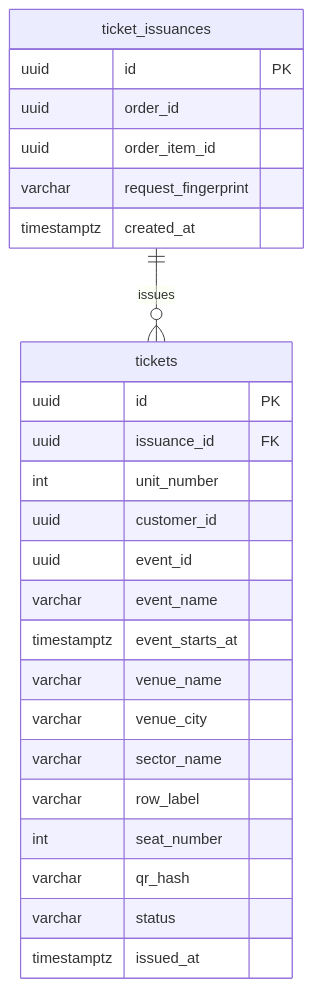
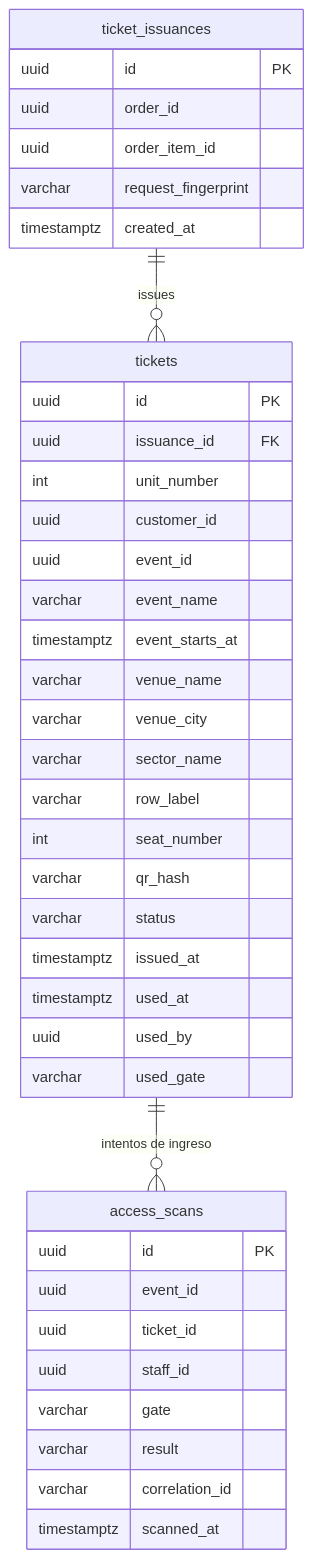
The sixth of 11 diagrams in ticketya/docs/architecture.md (rami-bit/ArquitecturasWeb_TPE), drawn with Mermaid before and after one commit. The commit also changed other lines of this file and 124 other files, not shown here.

````diff
--- a/ticketya/docs/architecture.md
+++ b/ticketya/docs/architecture.md
@@ -410,29 +435,43 @@
 ```mermaid
 erDiagram
     ticket_issuances ||--o{ tickets : issues
 
     ticket_issuances {
         uuid id PK
         uuid order_id
         uuid order_item_id
         varchar request_fingerprint
         timestamptz created_at
     }
     tickets {
         uuid id PK
         uuid issuance_id FK
         int unit_number
         uuid customer_id
         uuid event_id
         varchar event_name
         timestamptz event_starts_at
         varchar venue_name
         varchar venue_city
         varchar sector_name
         varchar row_label
         int seat_number
         varchar qr_hash
         varchar status
         timestamptz issued_at
+        timestamptz used_at
+        uuid used_by
+        varchar used_gate
+    }
+    tickets ||--o{ access_scans : "intentos de ingreso"
+    access_scans {
+        uuid id PK
+        uuid event_id
+        uuid ticket_id
+        uuid staff_id
+        varchar gate
+        varchar result
+        varchar correlation_id
+        timestamptz scanned_at
     }
 ```
````
